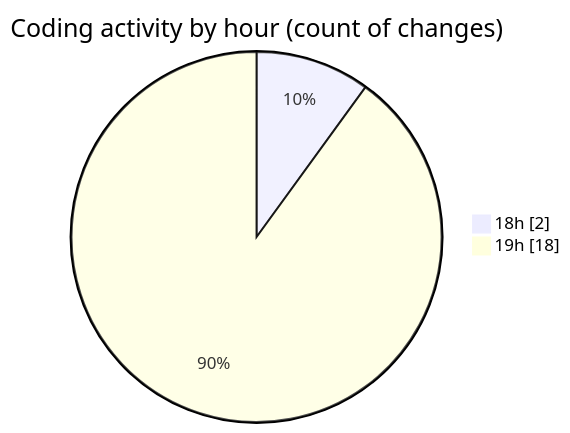
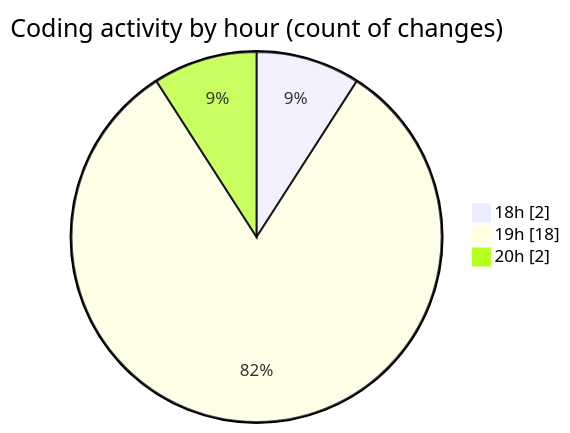
One commit to Netris89/code-tracking changed the second of 2 diagrams in 2025-04-27/back-end/README.md. Above: the diagram before and after it, drawn with Mermaid. The commit also changed other lines of this file and 1 other file, not shown here.

````diff
--- a/2025-04-27/back-end/README.md
+++ b/2025-04-27/back-end/README.md
@@ -29,6 +31,7 @@
 ```mermaid
 pie showData
 title Coding activity by hour (count of changes)
 "18h" : 2
 "19h" : 18
+"20h" : 2
 ```
````
